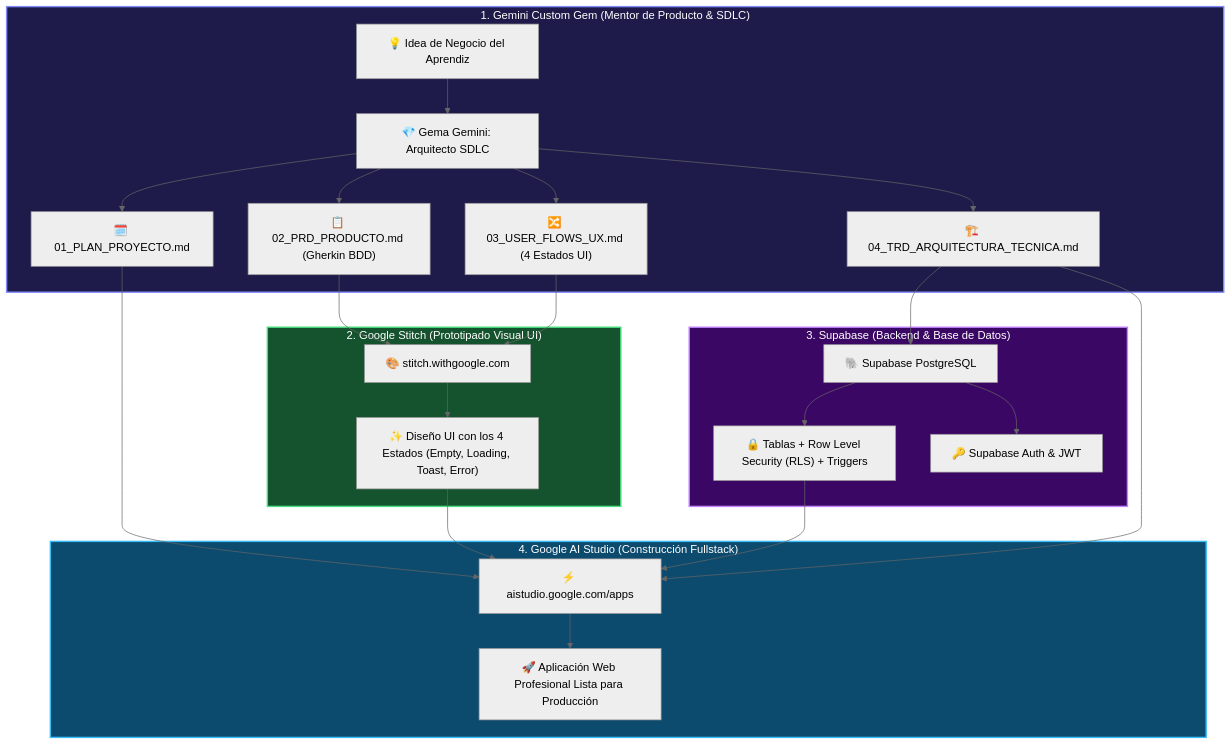
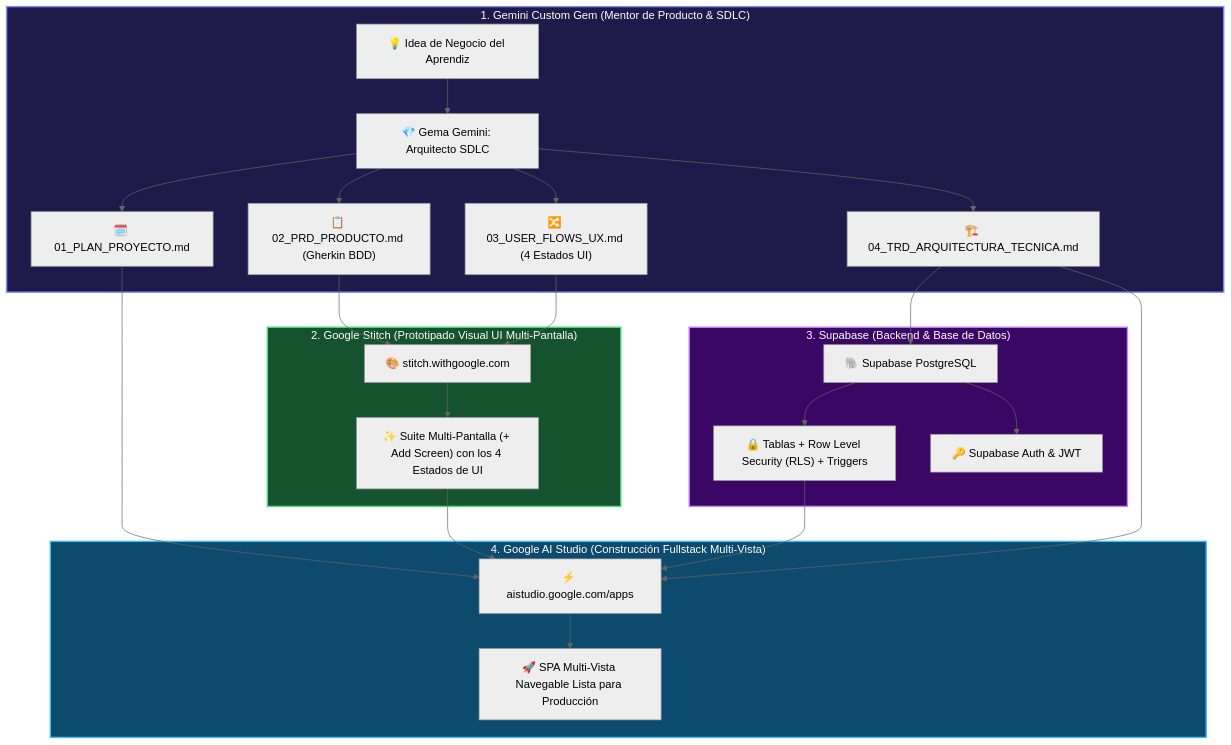
Before and after one commit to miuguelt/guia-desarrollo-guiado: the first of 2 diagrams in README.md, drawn with Mermaid (neutral theme). The commit also changed other lines of this file and 23 other files, not shown here.

````diff
--- a/README.md
+++ b/README.md
@@ -12,35 +12,35 @@
 ```mermaid
 flowchart TD
     subgraph FASE1["1. Gemini Custom Gem (Mentor de Producto & SDLC)"]
         A["💡 Idea de Negocio del Aprendiz"] --> B["💎 Gema Gemini: Arquitecto SDLC"]
         B --> C1["🗓️ 01_PLAN_PROYECTO.md"]
         B --> C2["📋 02_PRD_PRODUCTO.md (Gherkin BDD)"]
         B --> C3["🔀 03_USER_FLOWS_UX.md (4 Estados UI)"]
         B --> C4["🏗️ 04_TRD_ARQUITECTURA_TECNICA.md"]
     end
 
-    subgraph FASE2["2. Google Stitch (Prototipado Visual UI)"]
+    subgraph FASE2["2. Google Stitch (Prototipado Visual UI Multi-Pantalla)"]
         C2 --> G["🎨 stitch.withgoogle.com"]
         C3 --> G
-        G --> H["✨ Diseño UI con los 4 Estados (Empty, Loading, Toast, Error)"]
+        G --> H["✨ Suite Multi-Pantalla (+ Add Screen) con los 4 Estados de UI"]
     end
 
     subgraph FASE3["3. Supabase (Backend & Base de Datos)"]
         C4 --> J["🐘 Supabase PostgreSQL"]
         J --> K["🔒 Tablas + Row Level Security (RLS) + Triggers"]
         J --> L["🔑 Supabase Auth & JWT"]
     end
 
-    subgraph FASE4["4. Google AI Studio (Construcción Fullstack)"]
+    subgraph FASE4["4. Google AI Studio (Construcción Fullstack Multi-Vista)"]
         C1 --> M["⚡ aistudio.google.com/apps"]
         H --> M
         K --> M
         C4 --> M
-        M --> N["🚀 Aplicación Web Profesional Lista para Producción"]
+        M --> N["🚀 SPA Multi-Vista Navegable Lista para Producción"]
     end
 
     style FASE1 fill:#1e1b4b,stroke:#818cf8,stroke-width:2px,color:#fff
     style FASE2 fill:#14532d,stroke:#4ade80,stroke-width:2px,color:#fff
     style FASE3 fill:#3b0764,stroke:#c084fc,stroke-width:2px,color:#fff
     style FASE4 fill:#0c4a6e,stroke:#38bdf8,stroke-width:2px,color:#fff
 ```
````
